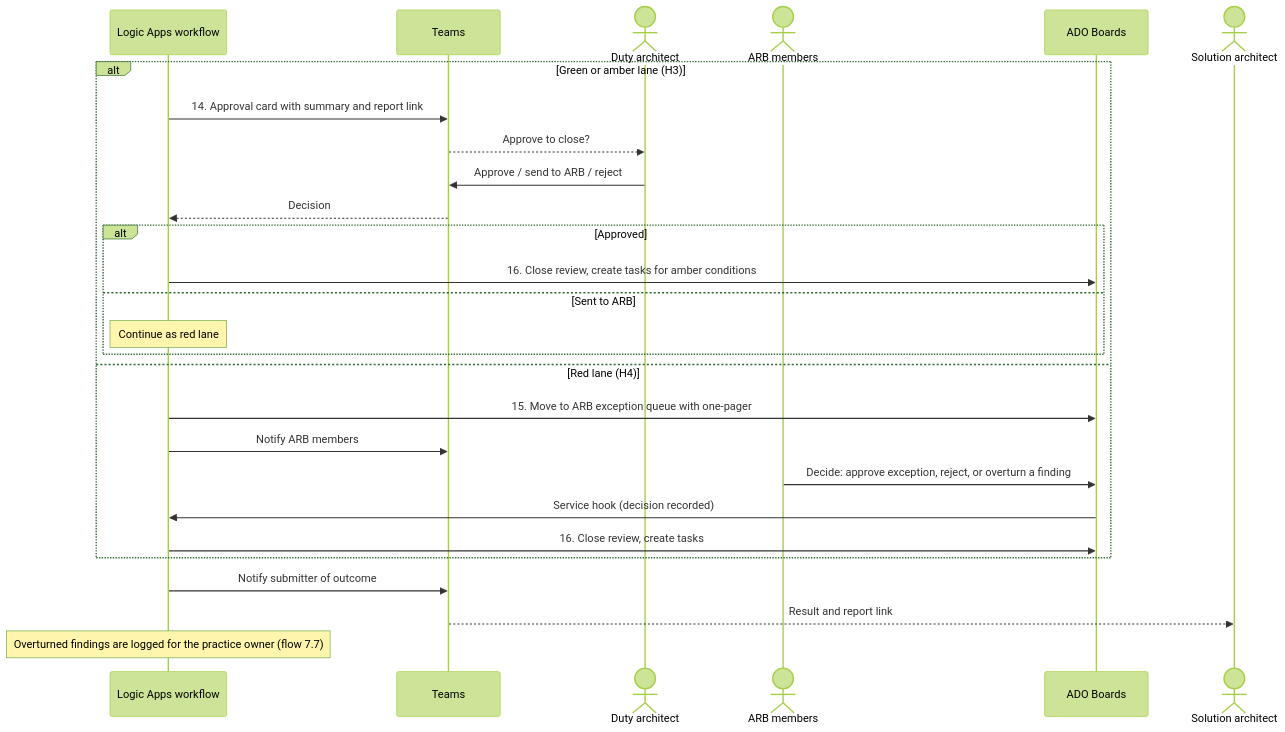
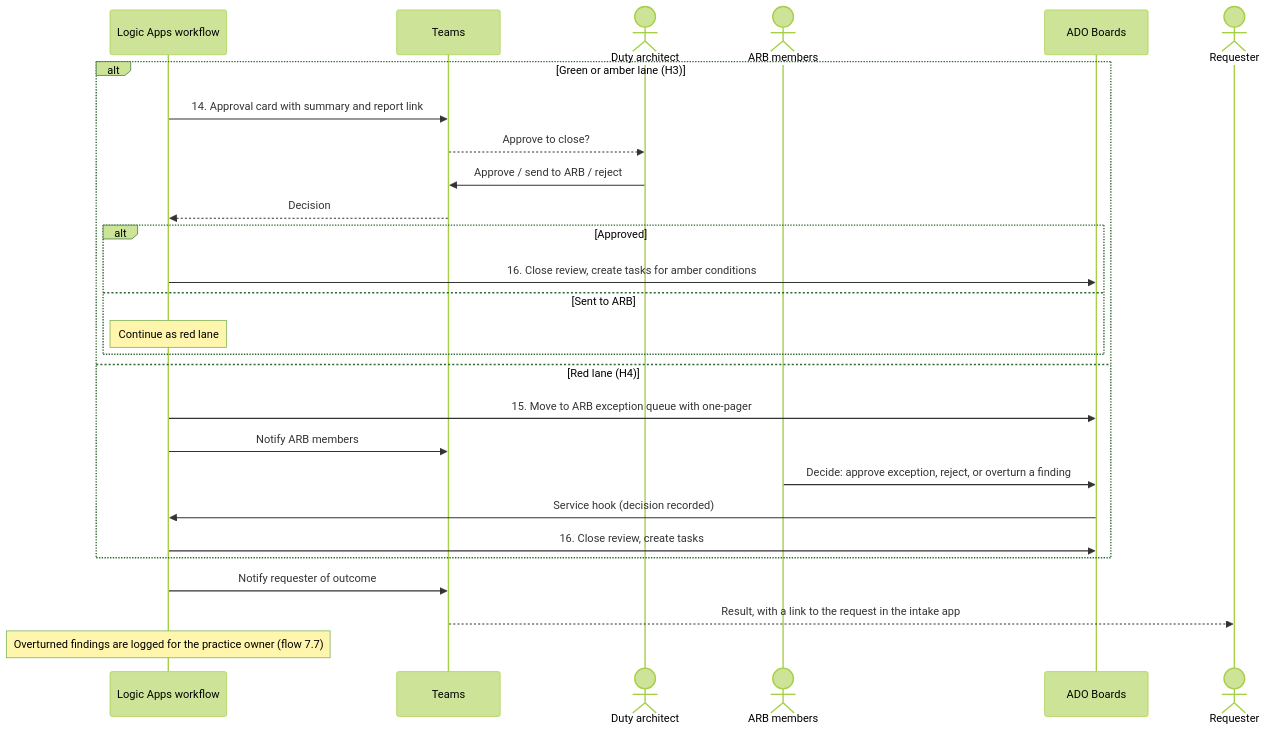
One commit to itsamitkr/arb-agent-design changed the fifth of 8 diagrams in ARB-Agent-Technical-Design.md. Above: the diagram before and after it, drawn with Mermaid (forest theme). The commit also changed other lines of this file and 2 other files, not shown here.

````diff
--- a/ARB-Agent-Technical-Design.md
+++ b/ARB-Agent-Technical-Design.md
@@ -418,30 +571,30 @@
 ```mermaid
 sequenceDiagram
     participant LA as Logic Apps workflow
     participant TM as Teams
     actor DA as Duty architect
     actor ARB as ARB members
     participant ADO as ADO Boards
-    actor SA as Solution architect
+    actor SA as Requester
 
     alt Green or amber lane (H3)
         LA->>TM: 14. Approval card with summary and report link
         TM-->>DA: Approve to close?
         DA->>TM: Approve / send to ARB / reject
         TM-->>LA: Decision
         alt Approved
             LA->>ADO: 16. Close review, create tasks for amber conditions
         else Sent to ARB
             Note over LA: Continue as red lane
         end
     else Red lane (H4)
         LA->>ADO: 15. Move to ARB exception queue with one-pager
         LA->>TM: Notify ARB members
         ARB->>ADO: Decide: approve exception, reject, or overturn a finding
         ADO->>LA: Service hook (decision recorded)
         LA->>ADO: 16. Close review, create tasks
     end
-    LA->>TM: Notify submitter of outcome
-    TM-->>SA: Result and report link
+    LA->>TM: Notify requester of outcome
+    TM-->>SA: Result, with a link to the request in the intake app
     Note over LA: Overturned findings are logged for the practice owner (flow 7.7)
 ```
````
